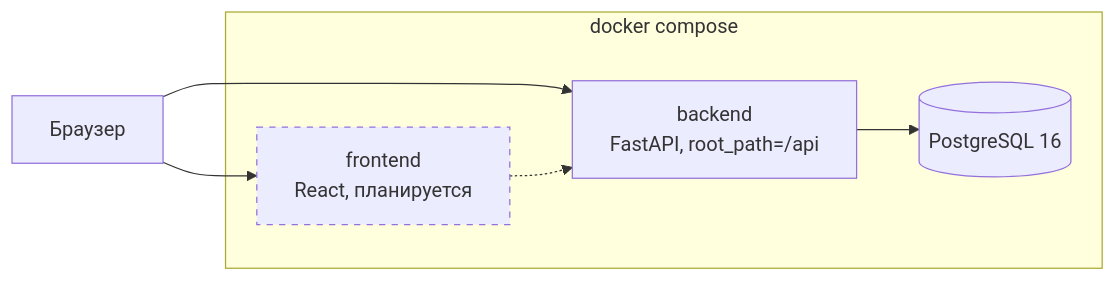
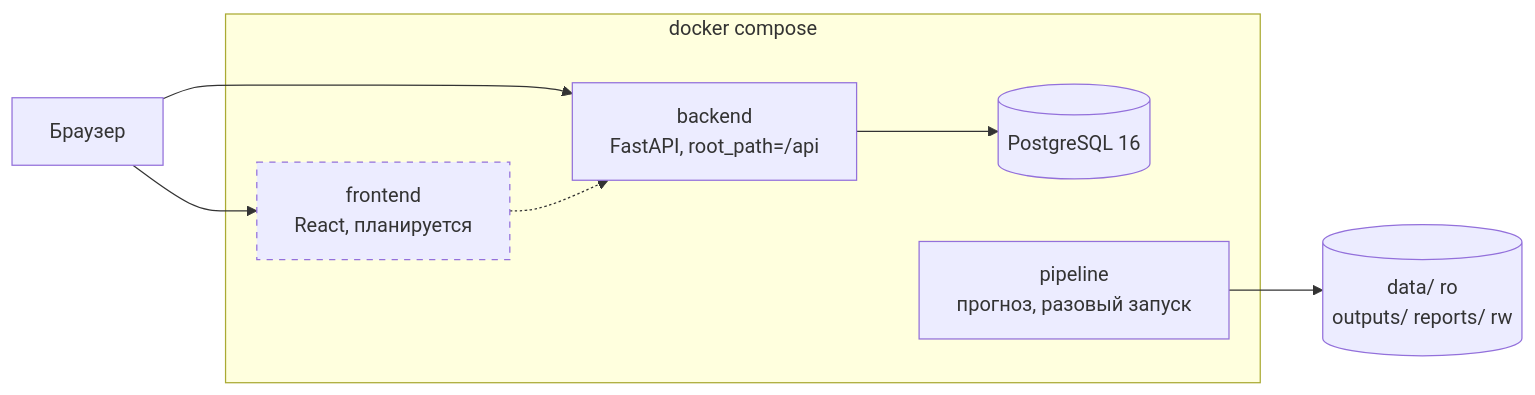
Before and after one commit to BAITC-Hacks/hack-5e5a1903-mg-ai: the first of 2 diagrams in docs/ARCHITECTURE.md, drawn with Mermaid. The commit also changed other lines of this file and 8 other files, not shown here.

````diff
--- a/docs/ARCHITECTURE.md
+++ b/docs/ARCHITECTURE.md
@@ -5,20 +5,24 @@
 ```mermaid
 flowchart LR
     Client["Браузер"]
     FE["frontend<br/>React, планируется"]
     BE["backend<br/>FastAPI, root_path=/api"]
     DB[("PostgreSQL 16")]
+    PL["pipeline<br/>прогноз, разовый запуск"]
+    VOL[("data/ ro<br/>outputs/ reports/ rw")]
 
     Client --> FE
     Client --> BE
     FE -.-> BE
     BE --> DB
+    PL --> VOL
 
     subgraph compose["docker compose"]
         FE
         BE
         DB
+        PL
     end
 
     style FE stroke-dasharray: 5 5
 ```
````
